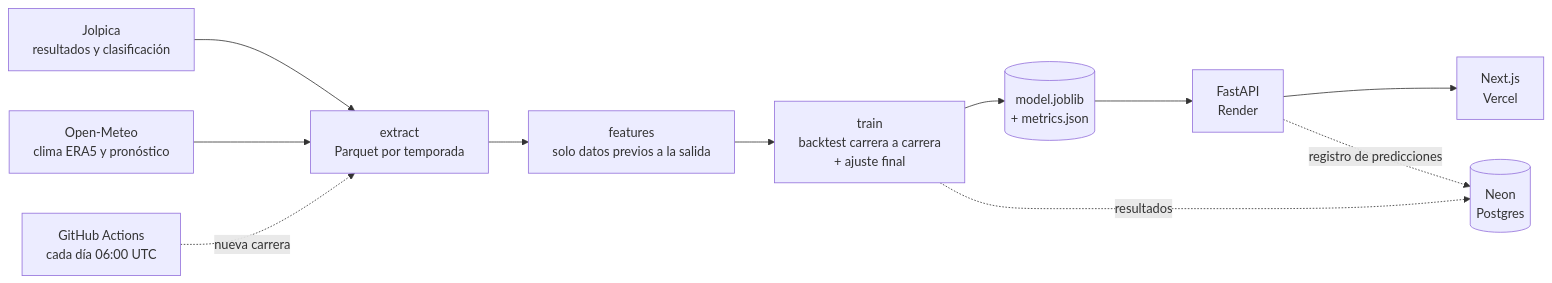
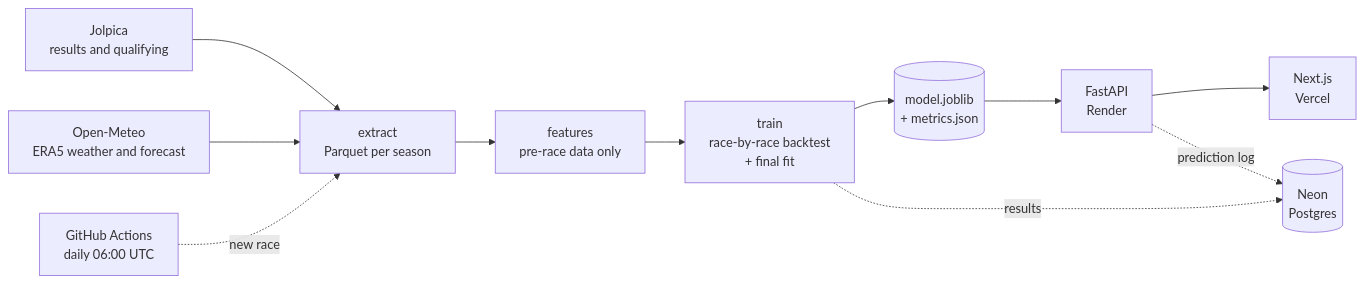
Before and after one commit to davillera/boxbox: the diagram in README.md, drawn with Mermaid. The commit also changed other lines of this file and 1 other file, not shown here.

````diff
--- a/README.md
+++ b/README.md
@@ -35,13 +37,13 @@
 ```mermaid
 flowchart LR
-    J[Jolpica<br/>resultados y clasificación] --> E
-    O[Open-Meteo<br/>clima ERA5 y pronóstico] --> E
-    E[extract<br/>Parquet por temporada] --> F[features<br/>solo datos previos a la salida]
-    F --> T[train<br/>backtest carrera a carrera<br/>+ ajuste final]
+    J[Jolpica<br/>results and qualifying] --> E
+    O[Open-Meteo<br/>ERA5 weather and forecast] --> E
+    E[extract<br/>Parquet per season] --> F[features<br/>pre-race data only]
+    F --> T[train<br/>race-by-race backtest<br/>+ final fit]
     T --> M[(model.joblib<br/>+ metrics.json)]
     M --> A[FastAPI<br/>Render]
     A --> W[Next.js<br/>Vercel]
-    T -. resultados .-> N[(Neon<br/>Postgres)]
-    A -. registro de predicciones .-> N
-    G[GitHub Actions<br/>cada día 06:00 UTC] -. nueva carrera .-> E
+    T -. results .-> N[(Neon<br/>Postgres)]
+    A -. prediction log .-> N
+    G[GitHub Actions<br/>daily 06:00 UTC] -. new race .-> E
 ```
````
